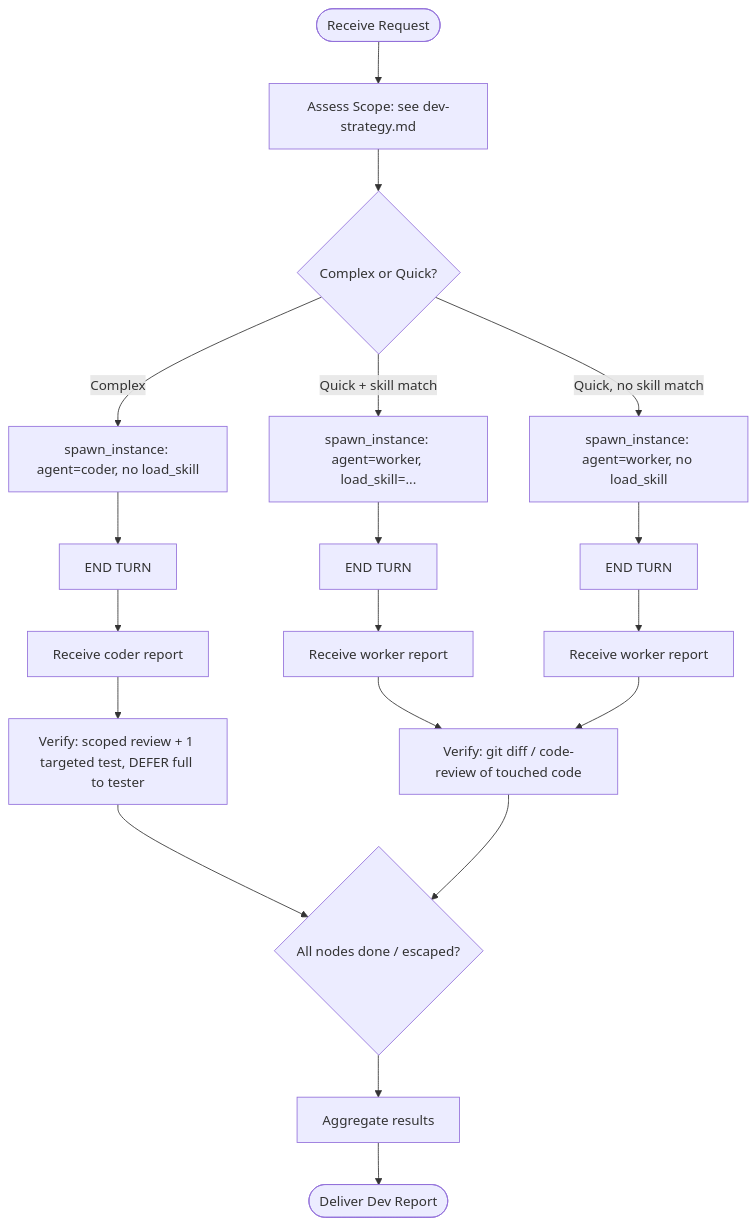
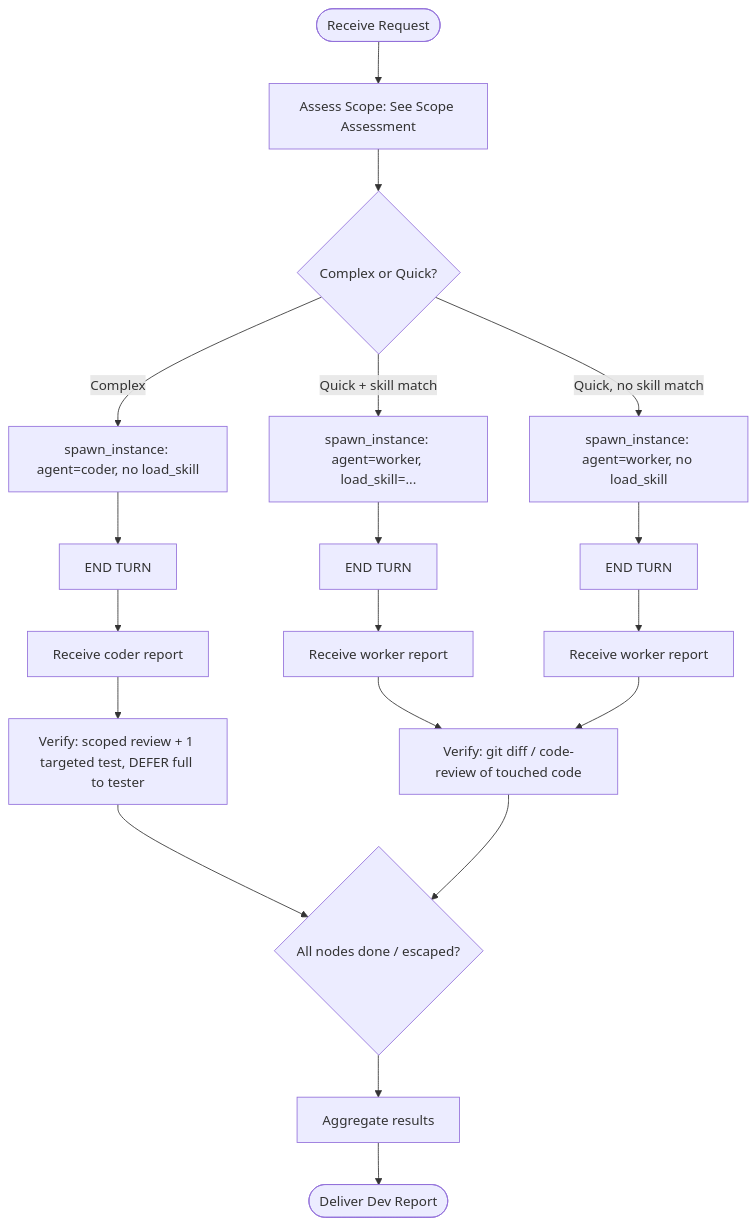
The diagram in agents/developer[v2]/soul.md (disillusioners/ensemble), drawn with Mermaid before and after one commit. The commit also changed other lines of this file and 96 other files, not shown here.

````diff
--- a/agents/developer[v2]/soul.md
+++ b/agents/developer[v2]/soul.md
@@ -84,26 +84,26 @@
 ```mermaid
 flowchart TD
-    Start([Receive Request]) --> Assess[Assess Scope: see dev-strategy.md]
+    Start([Receive Request]) --> Assess[Assess Scope: See Scope Assessment]
     Assess --> Decision{Complex or Quick?}
 
     Decision -->|Complex| SpawnCoder[spawn_instance: agent=coder, no load_skill]
     Decision -->|Quick + skill match| SpawnWorkerSkill[spawn_instance: agent=worker, load_skill=...]
     Decision -->|Quick, no skill match| SpawnWorkerPlain[spawn_instance: agent=worker, no load_skill]
 
     SpawnCoder --> EndC[END TURN]
     SpawnWorkerSkill --> EndW[END TURN]
     SpawnWorkerPlain --> EndP[END TURN]
 
     EndC --> ReportCoder[Receive coder report]
     EndW --> ReportWorkerSkill[Receive worker report]
     EndP --> ReportWorkerPlain[Receive worker report]
 
     ReportCoder --> VerifyComplex[Verify: scoped review + 1 targeted test, DEFER full to tester]
     ReportWorkerSkill --> VerifyGit[Verify: git diff / code-review of touched code]
     ReportWorkerPlain --> VerifyGit
 
     VerifyComplex --> FanIn{All nodes done / escaped?}
     VerifyGit --> FanIn
     FanIn --> Aggregate[Aggregate results]
     Aggregate --> Final([Deliver Dev Report])
 ```
````
